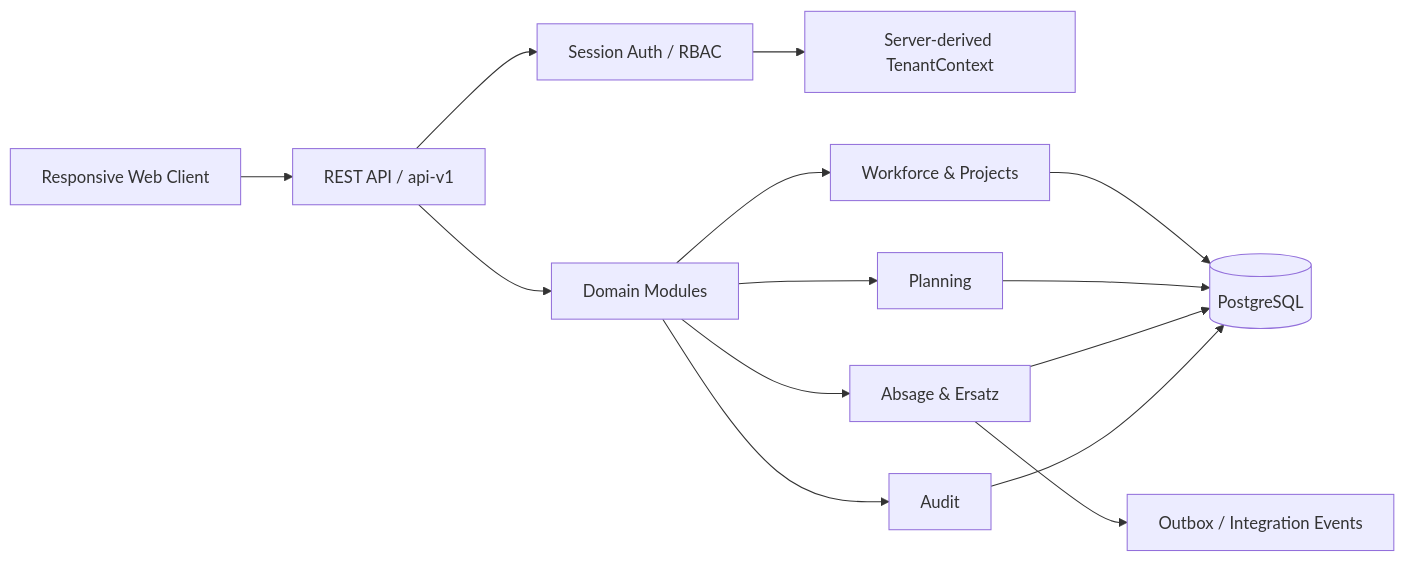
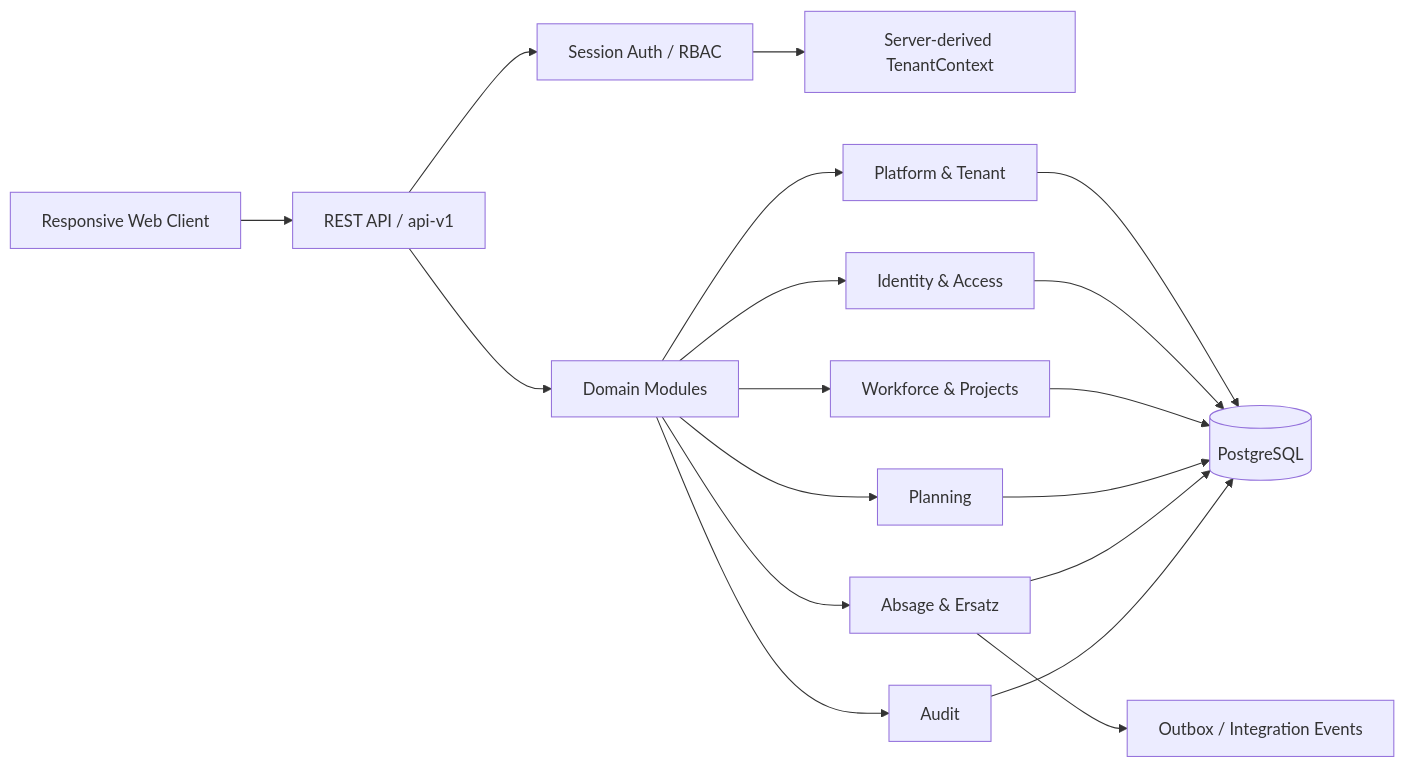
The diagram in README.md (takh86/SecurePlan-), drawn with Mermaid before and after one commit. The commit also changed other lines of this file, not shown here.

Commit message:
docs: polish README for approved architecture through phase 6.7

````diff
--- a/README.md
+++ b/README.md
@@ -70,21 +77,25 @@
 ```mermaid
 flowchart LR
     UI[Responsive Web Client] --> API[REST API / api-v1]
 
     API --> SEC[Session Auth / RBAC]
     SEC --> TC[Server-derived TenantContext]
 
     API --> MOD[Domain Modules]
 
+    MOD --> PT[Platform & Tenant]
+    MOD --> IAM[Identity & Access]
     MOD --> WP[Workforce & Projects]
     MOD --> PLAN[Planning]
     MOD --> REP[Absage & Ersatz]
     MOD --> AUDIT[Audit]
 
-    WP --> DB[(PostgreSQL)]
+    PT --> DB[(PostgreSQL)]
+    IAM --> DB
+    WP --> DB
     PLAN --> DB
     REP --> DB
     AUDIT --> DB
 
     REP --> OUTBOX[Outbox / Integration Events]
 ```
````
